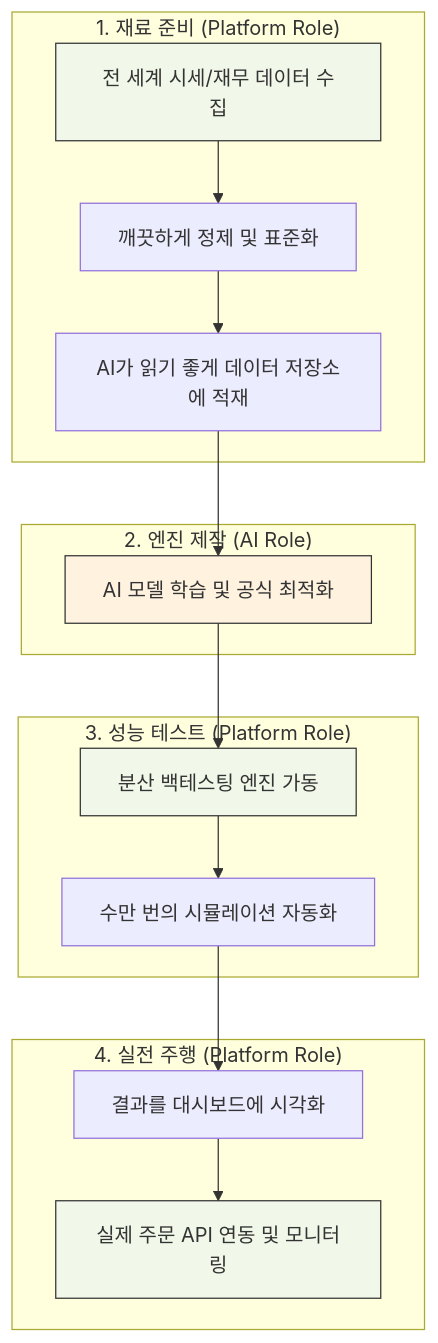
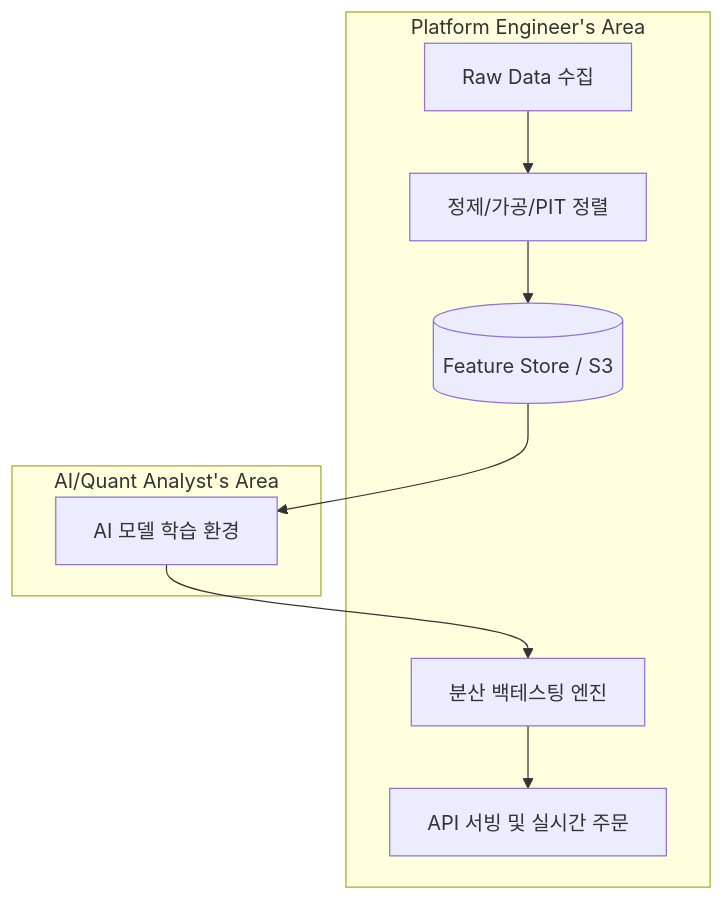
The third of 4 diagrams in 미래에셋자산운용/01_company_info/08_quant_investment_models.md (muzzaiwork/interview), drawn with Mermaid before and after one commit. The commit also changed other lines of this file, not shown here.

Commit message:
docs: describe quant AI pipeline in direct engineering terms

````diff
--- a/미래에셋자산운용/01_company_info/08_quant_investment_models.md
+++ b/미래에셋자산운용/01_company_info/08_quant_investment_models.md
@@ -120,26 +131,20 @@
 ```mermaid
-graph TD
-    subgraph "1. 재료 준비 (Platform Role)"
-        A[전 세계 시세/재무 데이터 수집] --> B[깨끗하게 정제 및 표준화]
-        B --> C[AI가 읽기 좋게 데이터 저장소에 적재]
+flowchart TD
+    Data[Raw Data 수집] --> ETL[정제/가공/PIT 정렬]
+    ETL --> Storage[(Feature Store / S3)]
+    Storage --> Train[AI 모델 학습 환경]
+    Train --> Backtest[분산 백테스팅 엔진]
+    Backtest --> Serving[API 서빙 및 실시간 주문]
+    
+    subgraph "Platform Engineer's Area"
+    Data
+    ETL
+    Storage
+    Backtest
+    Serving
     end
     
-    subgraph "2. 엔진 제작 (AI Role)"
-        C --> D[AI 모델 학습 및 공식 최적화]
+    subgraph "AI/Quant Analyst's Area"
+    Train
     end
-    
-    subgraph "3. 성능 테스트 (Platform Role)"
-        D --> E[분산 백테스팅 엔진 가동]
-        E --> F[수만 번의 시뮬레이션 자동화]
-    end
-    
-    subgraph "4. 실전 주행 (Platform Role)"
-        F --> G[결과를 대시보드에 시각화]
-        G --> H[실제 주문 API 연동 및 모니터링]
-    end
-
-    style A fill:#f1f8e9,stroke:#333
-    style D fill:#fff3e0,stroke:#333
-    style E fill:#f1f8e9,stroke:#333
-    style H fill:#f1f8e9,stroke:#333
 ```
````
